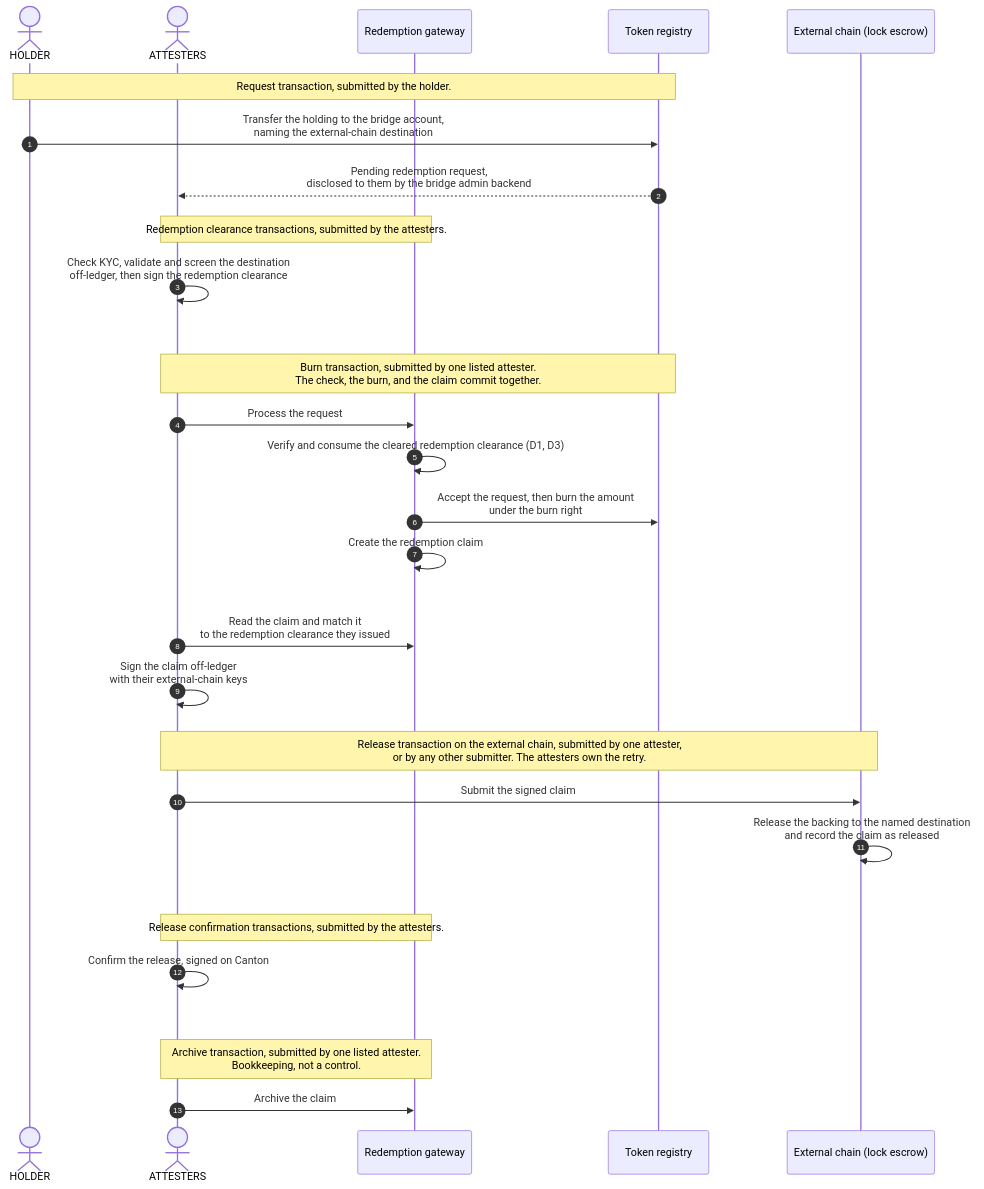
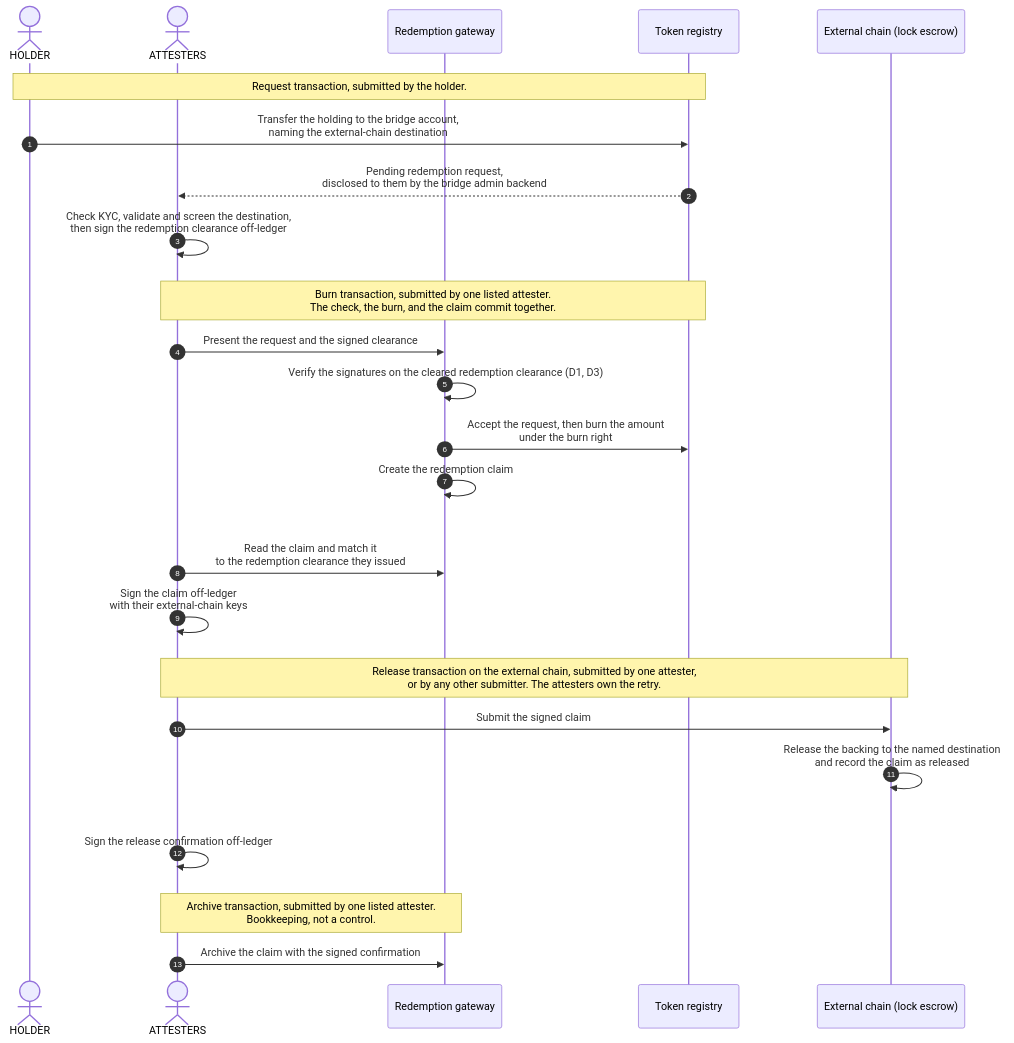
The third of 3 diagrams in docs/reference-architectures/cross-chain-stablecoin.md (OpenZeppelin/canton-specs), drawn with Mermaid before and after one commit. The commit also changed other lines of this file, not shown here.

Commit message:
attestors now co-sign messages off-chain

````diff
--- a/docs/reference-architectures/cross-chain-stablecoin.md
+++ b/docs/reference-architectures/cross-chain-stablecoin.md
@@ -777,41 +791,35 @@
 ```mermaid
 sequenceDiagram
     autonumber
     actor Holder as HOLDER
     actor Attesters as ATTESTERS
     participant Redeem as Redemption gateway
     participant Registry as Token registry
     participant Chain as External chain (lock escrow)
 
     rect rgba(255, 255, 255, .1)
         Note over Holder,Registry: Request transaction, submitted by the holder.
         Holder->>Registry: Transfer the holding to the bridge account,<br/>naming the external-chain destination
     end
     Registry-->>Attesters: Pending redemption request,<br/>disclosed to them by the bridge admin backend
-    rect rgba(255, 255, 255, .1)
-        Note over Attesters,Redeem: Redemption clearance transactions, submitted by the attesters.
-        Attesters->>Attesters: Check KYC, validate and screen the destination<br/>off-ledger, then sign the redemption clearance
-    end
+    Attesters->>Attesters: Check KYC, validate and screen the destination,<br/>then sign the redemption clearance off-ledger
     rect rgba(255, 255, 255, .1)
         Note over Attesters,Registry: Burn transaction, submitted by one listed attester.<br/>The check, the burn, and the claim commit together.
-        Attesters->>Redeem: Process the request
-        Redeem->>Redeem: Verify and consume the cleared redemption clearance (D1, D3)
+        Attesters->>Redeem: Present the request and the signed clearance
+        Redeem->>Redeem: Verify the signatures on the cleared redemption clearance (D1, D3)
         Redeem->>Registry: Accept the request, then burn the amount<br/>under the burn right
         Redeem->>Redeem: Create the redemption claim
     end
     Attesters->>Redeem: Read the claim and match it<br/>to the redemption clearance they issued
     Attesters->>Attesters: Sign the claim off-ledger<br/>with their external-chain keys
     rect rgba(255, 255, 255, .1)
         Note over Attesters,Chain: Release transaction on the external chain, submitted by one attester,<br/>or by any other submitter. The attesters own the retry.
         Attesters->>Chain: Submit the signed claim
         Chain->>Chain: Release the backing to the named destination<br/>and record the claim as released
     end
-    rect rgba(255, 255, 255, .1)
-        Note over Attesters,Redeem: Release confirmation transactions, submitted by the attesters.
-        Attesters->>Attesters: Confirm the release, signed on Canton
-    end
+    Attesters->>Attesters: Sign the release confirmation off-ledger
     rect rgba(255, 255, 255, .1)
         Note over Attesters,Redeem: Archive transaction, submitted by one listed attester.<br/>Bookkeeping, not a control.
-        Attesters->>Redeem: Archive the claim
+        Attesters->>Redeem: Archive the claim with the signed confirmation
     end
 ```
````
